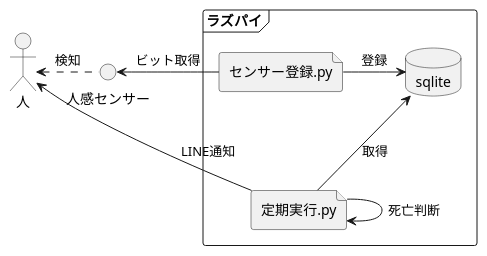
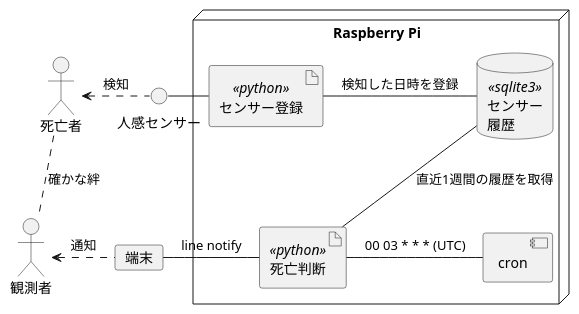
One commit to nakamura0067/death-notice changed the diagram in README.md. Above: the diagram before and after it, drawn with PlantUML.

````diff
--- a/README.md
+++ b/README.md
@@ -3,18 +3,23 @@
 ```plantuml
 @startuml
-actor 人 as human
+actor 死亡者 as human
+actor 観測者 as observer
+card 端末 as device
 interface 人感センサー as sensor
-frame ラズパイ as raspy {
-    file センサー登録.py as human_python
-    file 定期実行.py as cycle_python
-    database sqlite as sqlite
+node "Raspberry Pi" as raspy {
+    artifact センサー登録 as human_python <<python>>
+    artifact 死亡判断 as cycle_python <<python>>
+    component cron as cron
+    database "センサー\n履歴" as sqlite <<sqlite3>>
 }
 
 human <.r. sensor : 検知
-sensor <-r- human_python : ビット取得
-human_python -r-> sqlite : 登録
-cycle_python -u-> sqlite : 取得
-cycle_python -l-> human : LINE通知
-cycle_python --> cycle_python : 死亡判断
+observer <.r. device : 通知
+sensor -r- human_python
+human .. observer : 確かな絆
+human_python -r- sqlite : 検知した日時を登録
+cycle_python -u- sqlite : 直近1週間の履歴を取得
+cron -l- cycle_python : 00 03 * * * (UTC)
+cycle_python -l- device : line notify
 @enduml
 ```
````
